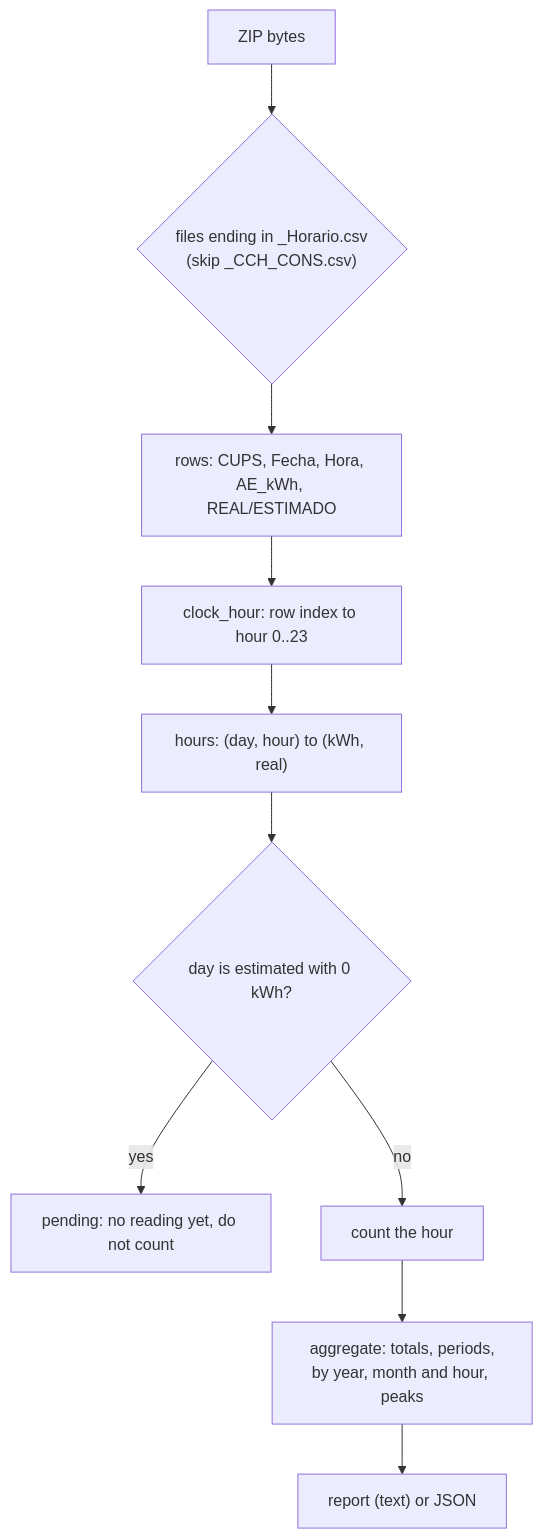
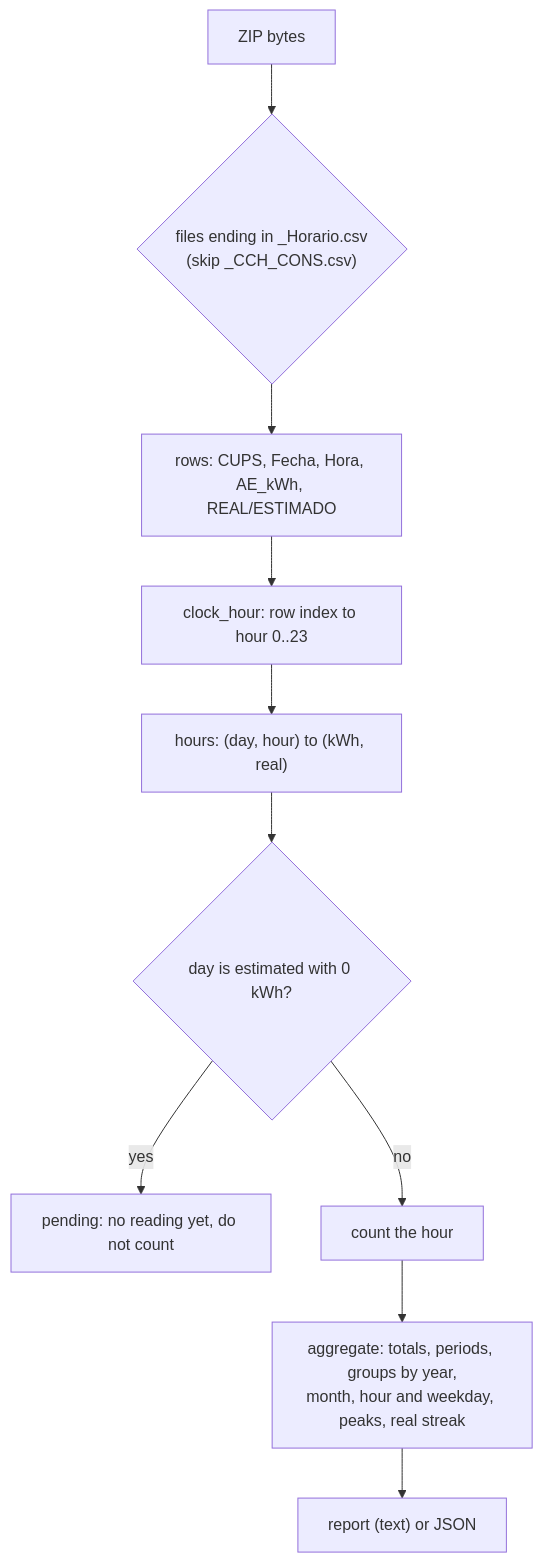
One commit to jacano/edistribucion-client changed the fifth of 7 diagrams in docs/ARCHITECTURE.md. Above: the diagram before and after it, drawn with Mermaid. The commit also changed other lines of this file and 7 other files, not shown here.

````diff
--- a/docs/ARCHITECTURE.md
+++ b/docs/ARCHITECTURE.md
@@ -135,12 +135,12 @@
 ```mermaid
 flowchart TD
     A["ZIP bytes"] --> B{"files ending in _Horario.csv<br/>(skip _CCH_CONS.csv)"}
     B --> C["rows: CUPS, Fecha, Hora, AE_kWh, REAL/ESTIMADO"]
     C --> D["clock_hour: row index to hour 0..23"]
     D --> E["hours: (day, hour) to (kWh, real)"]
     E --> F{"day is estimated with 0 kWh?"}
     F -- yes --> G["pending: no reading yet, do not count"]
     F -- no --> H["count the hour"]
-    H --> I["aggregate: totals, periods,<br/>by year, month and hour, peaks"]
+    H --> I["aggregate: totals, periods, groups by year,<br/>month, hour and weekday, peaks, real streak"]
     I --> J["report (text) or JSON"]
 ```
````
